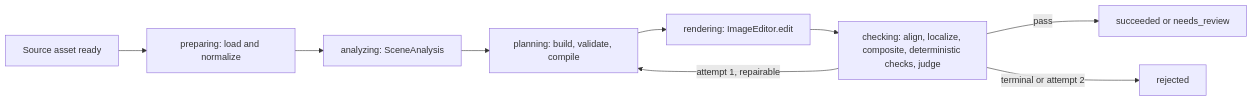
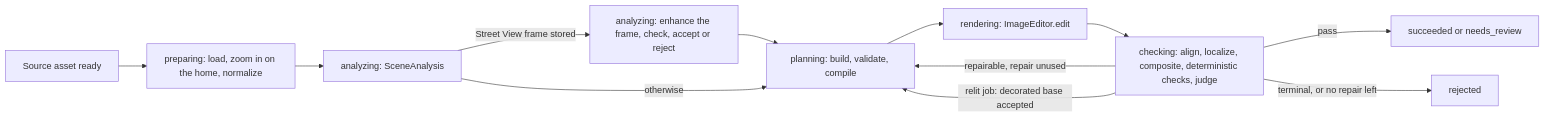
The second of 2 diagrams in docs/specs/render-pipeline.md (whatl3y/hailiday), drawn with Mermaid before and after one commit. The commit also changed other lines of this file and 568 other files, not shown here.

````diff
--- a/docs/specs/render-pipeline.md
+++ b/docs/specs/render-pipeline.md
@@ -212,11 +225,14 @@
 ```mermaid
 flowchart LR
-    S[Source asset ready] --> P[preparing: load and normalize]
+    S[Source asset ready] --> P[preparing: load, zoom in on the home, normalize]
     P --> A[analyzing: SceneAnalysis]
-    A --> B[planning: build, validate, compile]
+    A -->|Street View frame stored| E[analyzing: enhance the frame, check, accept or reject]
+    E --> B[planning: build, validate, compile]
+    A -->|otherwise| B
     B --> R[rendering: ImageEditor.edit]
     R --> C[checking: align, localize, composite, deterministic checks, judge]
     C -->|pass| OK[succeeded or needs_review]
-    C -->|attempt 1, repairable| B
-    C -->|terminal or attempt 2| X[rejected]
+    C -->|repairable, repair unused| B
+    C -->|relit job: decorated base accepted| B
+    C -->|terminal, or no repair left| X[rejected]
 ```
````
